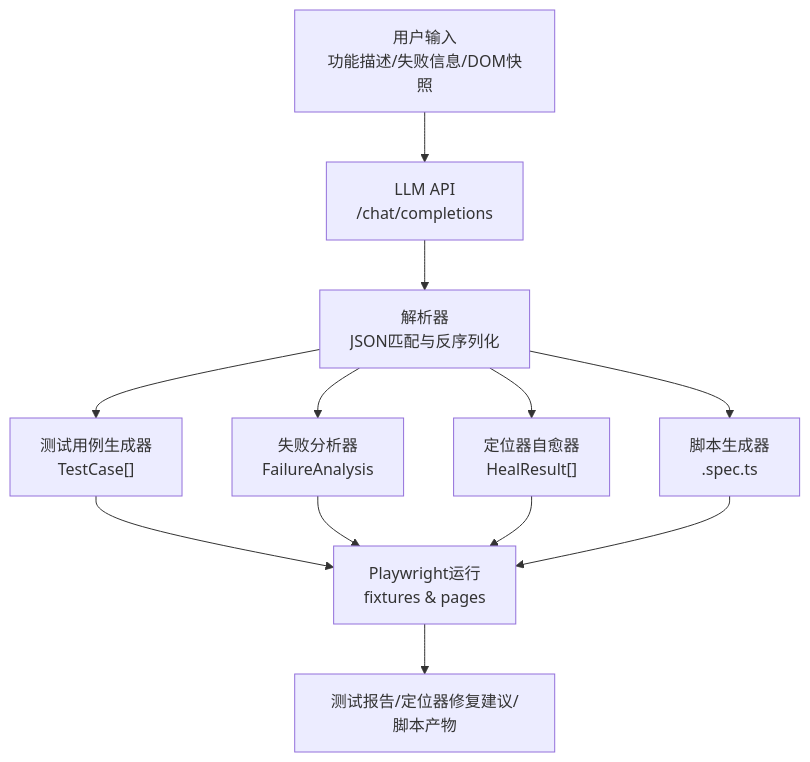
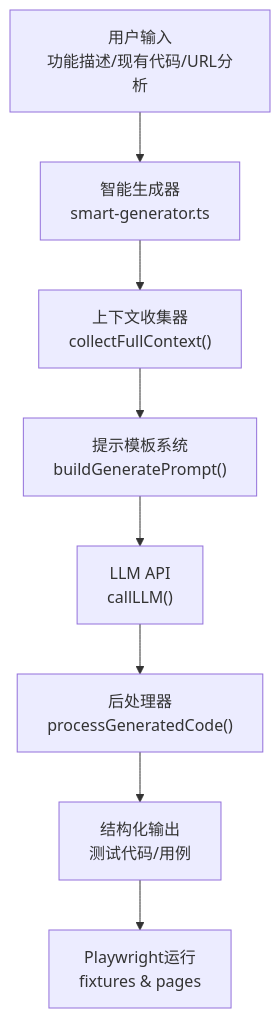
Before and after one commit to zzgoviziwind/--playwright: the second of 5 diagrams in .qoder/repowiki/zh/content/AI测试生成系统/AI测试用例生成器.md, drawn with Mermaid. The commit also changed other lines of this file and 112 other files, not shown here.

````diff
--- a/.qoder/repowiki/zh/content/AI测试生成系统/AI测试用例生成器.md
+++ b/.qoder/repowiki/zh/content/AI测试生成系统/AI测试用例生成器.md
@@ -106,14 +144,10 @@
 ```mermaid
 graph TB
-U["用户输入<br/>功能描述/失败信息/DOM快照"] --> LLM["LLM API<br/>/chat/completions"]
-LLM --> PARSER["解析器<br/>JSON匹配与反序列化"]
-PARSER --> TC["测试用例生成器<br/>TestCase[]"]
-PARSER --> FA["失败分析器<br/>FailureAnalysis"]
-PARSER --> LH["定位器自愈器<br/>HealResult[]"]
-PARSER --> SG["脚本生成器<br/>.spec.ts"]
-TC --> RUN["Playwright运行<br/>fixtures & pages"]
-FA --> RUN
-LH --> RUN
-SG --> RUN
-RUN --> OUT["测试报告/定位器修复建议/脚本产物"]
+U["用户输入<br/>功能描述/现有代码/URL分析"] --> SG["智能生成器<br/>smart-generator.ts"]
+SG --> CC["上下文收集器<br/>collectFullContext()"]
+CC --> PT["提示模板系统<br/>buildGeneratePrompt()"]
+PT --> LLM["LLM API<br/>callLLM()"]
+LLM --> PP["后处理器<br/>processGeneratedCode()"]
+PP --> OUT["结构化输出<br/>测试代码/用例"]
+OUT --> RUN["Playwright运行<br/>fixtures & pages"]
 ```
````
